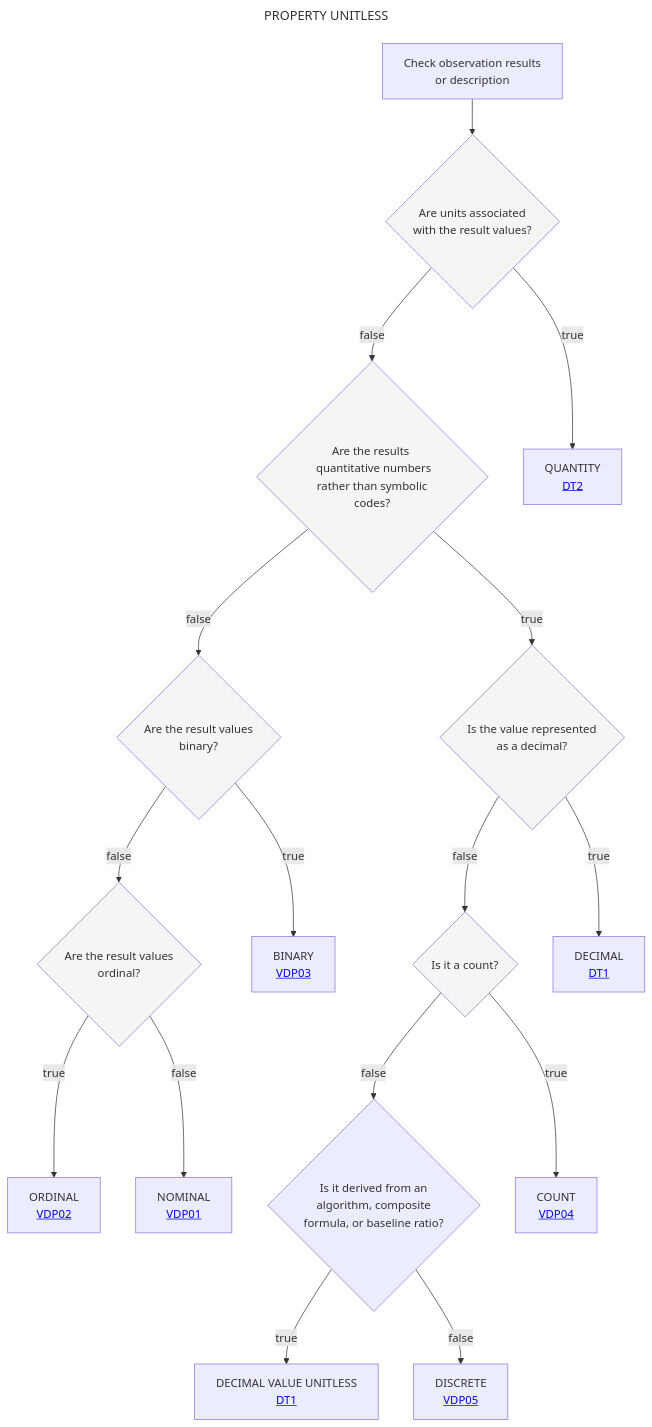
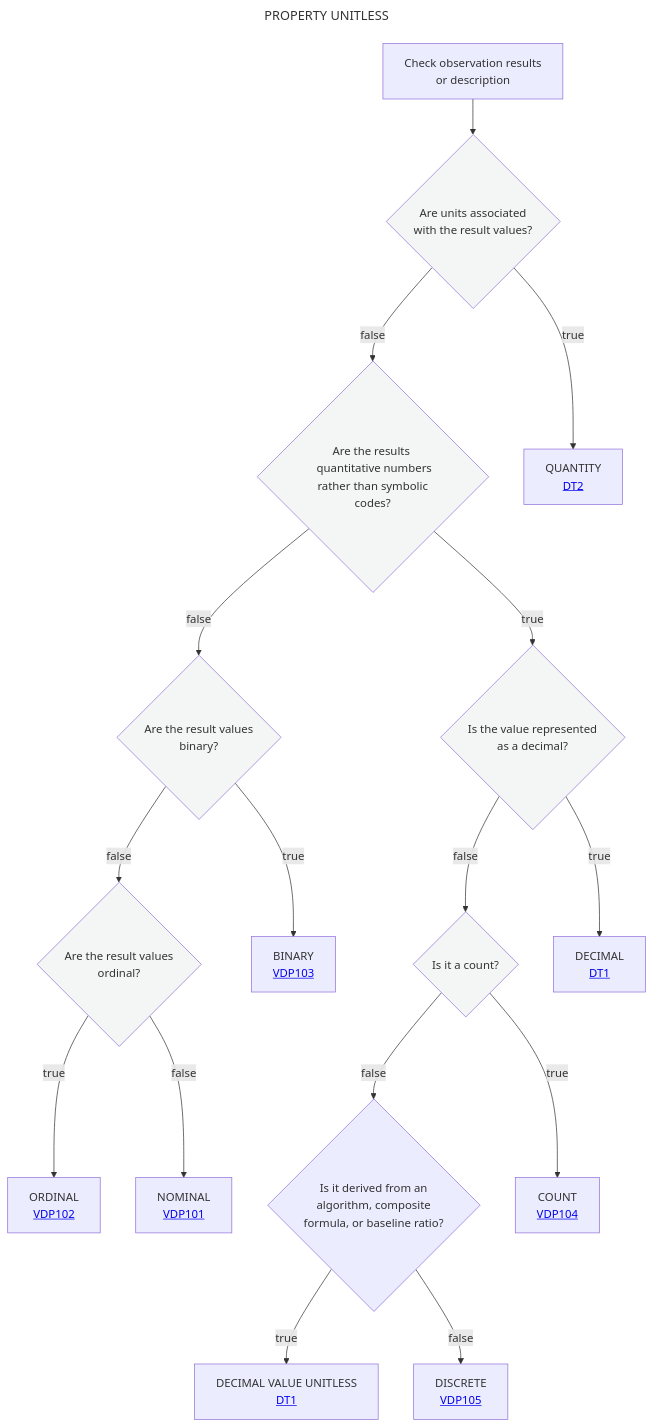
Before and after one commit to mabablue/I-ADOPT-patterns-playground: the diagram in Decisition_trees/DT0.mmd, drawn with Mermaid.

```diff
--- a/Decisition_trees/DT0.mmd
+++ b/Decisition_trees/DT0.mmd
@@ -1,23 +1,23 @@
 ---
 title: PROPERTY UNITLESS
 ---
 flowchart TD
     A[Check observation results <br> or description] --> B{Are units associated <br> with the result values?}:::white
     B --> |false|C{Are the results <br> quantitative numbers<br> rather than symbolic codes?}:::white
     B --> |true|D[QUANTITY <br> <a href='https://github.com/mabablue/I-ADOPT-patterns-playground/blob/main/Decisition_trees/DT2.mmd'>DT2</a><br>] 
     C --> |false|E{Are the result values <br> binary?}:::white
     C --> |true|G{Is the value represented <br> as a decimal?}:::white
     E --> |false|I{Are the result values <br> ordinal?}:::white
     G --> |false|H{Is it a count?}:::white
     H--> |false|N{Is it derived from an <br> algorithm, composite <br> formula, or baseline ratio?}
     N --> |true|O[DECIMAL VALUE UNITLESS <br> <a href='https://github.com/mabablue/I-ADOPT-patterns-playground/blob/main/Decisition_trees/DT1.mmd'>DT1</a><br>] 
-    N --> |false|P[DISCRETE <br> <a href='https://github.com/mabablue/I-ADOPT-patterns-playground/blob/main/pattern/VDP05.yaml'>VDP05</a><br>] 
-    H --> |true|M[COUNT <br> <a href='https://github.com/mabablue/I-ADOPT-patterns-playground/blob/main/pattern/VDP04.yaml'>VDP04</a><br>] 
-    I --> |true|J[ORDINAL <br> <a href='https://github.com/mabablue/I-ADOPT-patterns-playground/blob/main/pattern/VDP02.yaml'>VDP02</a><br>] 
-    I --> |false|K[NOMINAL <br> <a href='https://github.com/mabablue/I-ADOPT-patterns-playground/blob/main/pattern/VDP01.yaml'>VDP01</a><br>] 
-    E --> |true|F[BINARY <br> <a href='https://github.com/mabablue/I-ADOPT-patterns-playground/blob/main/pattern/VDP03.yaml'>VDP03</a><br>] 
+    N --> |false|P[DISCRETE <br> <a href='https://github.com/mabablue/I-ADOPT-patterns-playground/blob/main/pattern/VDP105.yaml'>VDP105</a><br>] 
+    H --> |true|M[COUNT <br> <a href='https://github.com/mabablue/I-ADOPT-patterns-playground/blob/main/pattern/VDP104.yaml'>VDP104</a><br>] 
+    I --> |true|J[ORDINAL <br> <a href='https://github.com/mabablue/I-ADOPT-patterns-playground/blob/main/pattern/VDP102.yaml'>VDP102</a><br>] 
+    I --> |false|K[NOMINAL <br> <a href='https://github.com/mabablue/I-ADOPT-patterns-playground/blob/main/pattern/VDP101.yaml'>VDP101</a><br>] 
+    E --> |true|F[BINARY <br> <a href='https://github.com/mabablue/I-ADOPT-patterns-playground/blob/main/pattern/VDP103.yaml'>VDP103</a><br>] 
     G --> |true|L[DECIMAL <br> <a href='https://github.com/mabablue/I-ADOPT-patterns-playground/blob/main/Decisition_trees/DT1.mmd'>DT1</a><br>] 
    classDef blue fill:#90D5FF
    classDef satblue fill:#57B9FF 
    classDef white fill:#f3f6f4
    classDef green fill:#6aa84f
```
